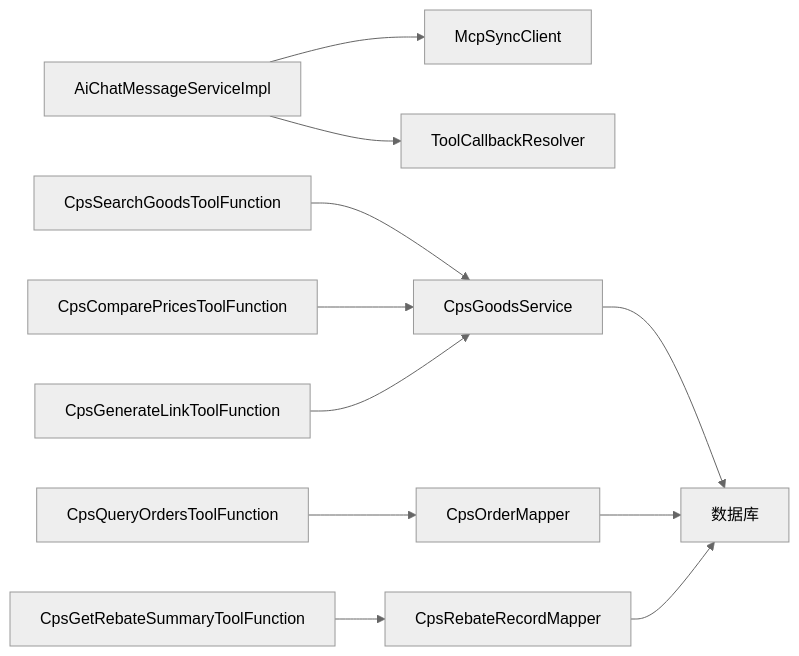
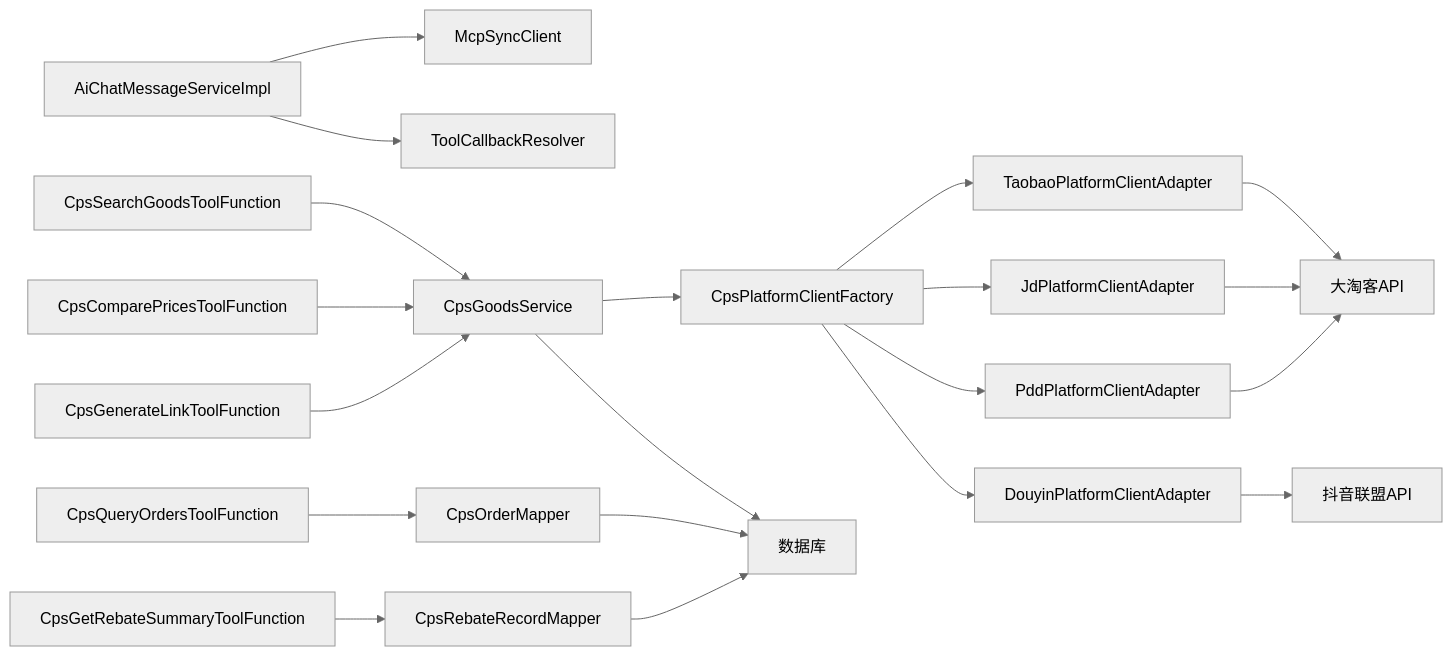
Diagram 12 of 12 in .qoder/repowiki/zh/content/后端服务架构/业务模块概览/CPS业务模块/MCP协议集成.md (zhuangpengLI/AgenticCPS), drawn with Mermaid (neutral theme) before and after one commit. The commit also changed other lines of this file and 23 other files, not shown here.

````diff
--- a/.qoder/repowiki/zh/content/后端服务架构/业务模块概览/CPS业务模块/MCP协议集成.md
+++ b/.qoder/repowiki/zh/content/后端服务架构/业务模块概览/CPS业务模块/MCP协议集成.md
@@ -430,13 +614,22 @@
 ```mermaid
 graph LR
 AISvc["AiChatMessageServiceImpl"] --> MCP["McpSyncClient"]
 AISvc --> Mapper["ToolCallbackResolver"]
 ToolSearch["CpsSearchGoodsToolFunction"] --> SvcGoods["CpsGoodsService"]
 ToolCompare["CpsComparePricesToolFunction"] --> SvcGoods
 ToolLink["CpsGenerateLinkToolFunction"] --> SvcGoods
 ToolOrders["CpsQueryOrdersToolFunction"] --> MapperOrder["CpsOrderMapper"]
 ToolRebate["CpsGetRebateSummaryToolFunction"] --> MapperRebate["CpsRebateRecordMapper"]
+SvcGoods --> PlatformFactory["CpsPlatformClientFactory"]
+PlatformFactory --> Taobao["TaobaoPlatformClientAdapter"]
+PlatformFactory --> JD["JdPlatformClientAdapter"]
+PlatformFactory --> PDD["PddPlatformClientAdapter"]
+PlatformFactory --> Douyin["DouyinPlatformClientAdapter"]
+Taobao --> ExternalAPI["大淘客API"]
+JD --> ExternalAPI
+PDD --> ExternalAPI
+Douyin --> DouyinAPI["抖音联盟API"]
 SvcGoods --> DB["数据库"]
 MapperOrder --> DB
 MapperRebate --> DB
 ```
````
